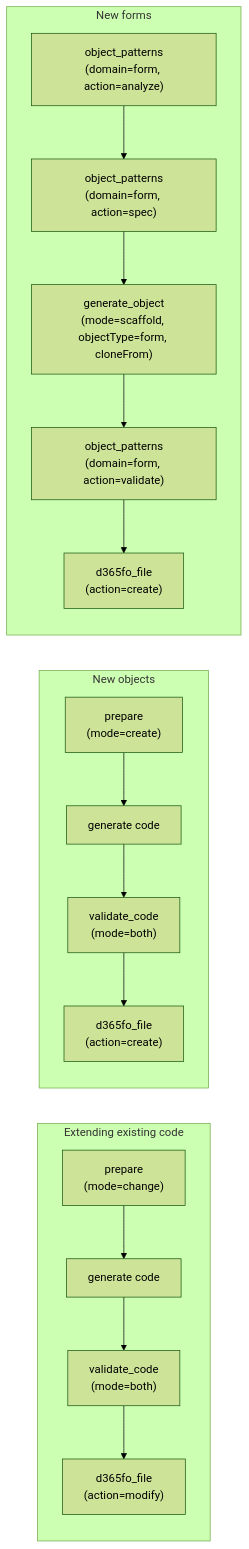
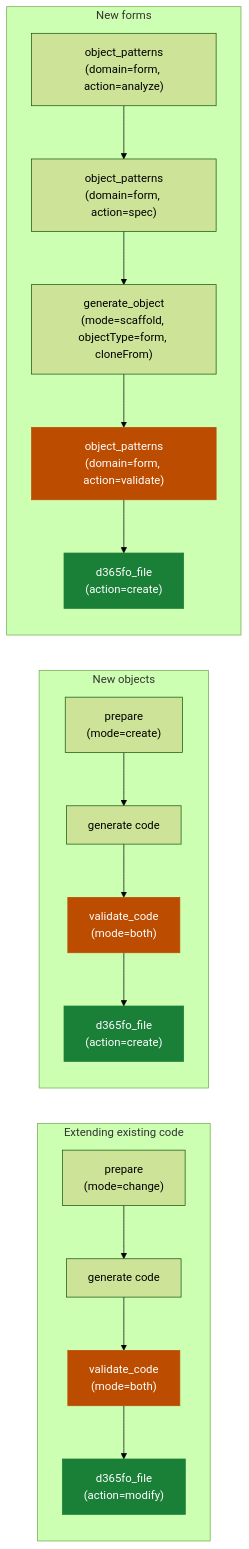
Before and after one commit to dynamics365ninja/d365fo-mcp-server: the diagram in docs/MCP_TOOLS.md, drawn with Mermaid (forest theme). The commit also changed other lines of this file and 24 other files, not shown here.

First line of the commit message:
docs: rework README and docs layout, redraw broken diagrams

````diff
--- a/docs/MCP_TOOLS.md
+++ b/docs/MCP_TOOLS.md
@@ -19,19 +37,24 @@
 ```mermaid
 flowchart LR
     subgraph Extend["Extending existing code"]
         A1["prepare<br/>(mode=change)"] --> A2[generate code]
         A2 --> A3["validate_code<br/>(mode=both)"]
         A3 --> A4["d365fo_file<br/>(action=modify)"]
     end
     subgraph Create["New objects"]
         B1["prepare<br/>(mode=create)"] --> B2[generate code]
         B2 --> B3["validate_code<br/>(mode=both)"]
         B3 --> B4["d365fo_file<br/>(action=create)"]
     end
     subgraph Forms["New forms"]
         C1["object_patterns<br/>(domain=form, action=analyze)"] --> C2["object_patterns<br/>(domain=form, action=spec)"]
         C2 --> C3["generate_object<br/>(mode=scaffold, objectType=form, cloneFrom)"]
         C3 --> C4["object_patterns<br/>(domain=form, action=validate)"]
         C4 --> C5["d365fo_file<br/>(action=create)"]
     end
+
+    classDef gate fill:#bc4c00,stroke:#bc4c00,color:#ffffff
+    classDef write fill:#1a7f37,stroke:#1a7f37,color:#ffffff
+    class A3,B3,C4 gate
+    class A4,B4,C5 write
 ```
````
